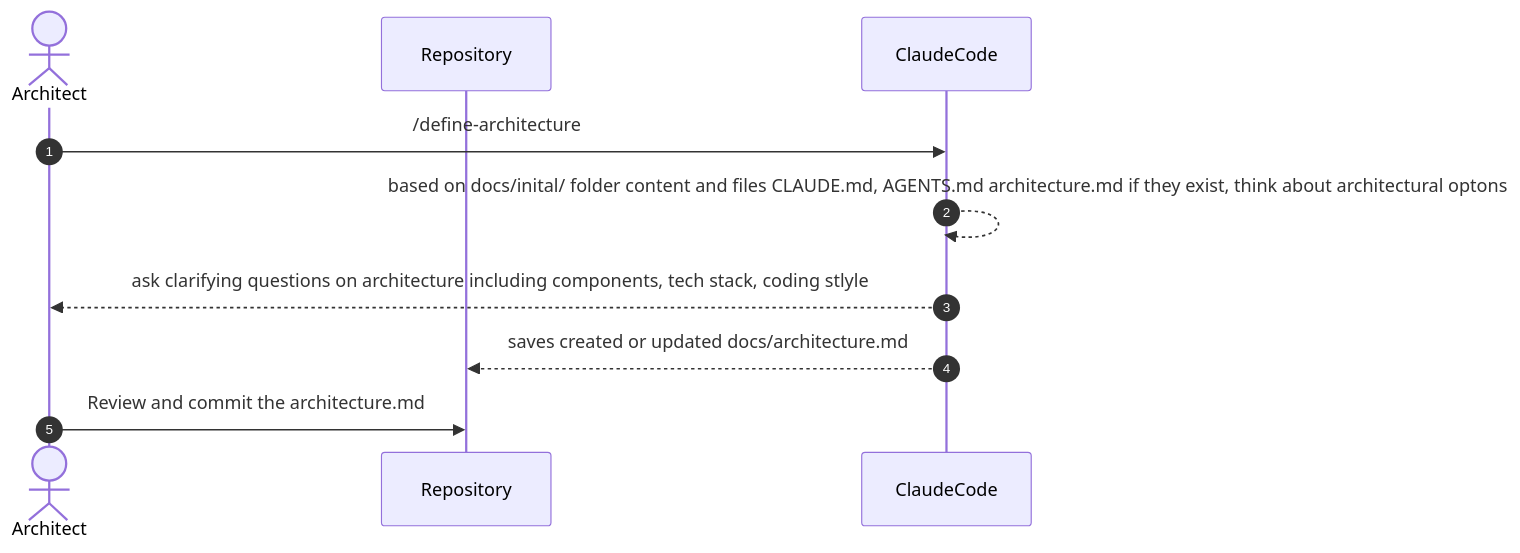
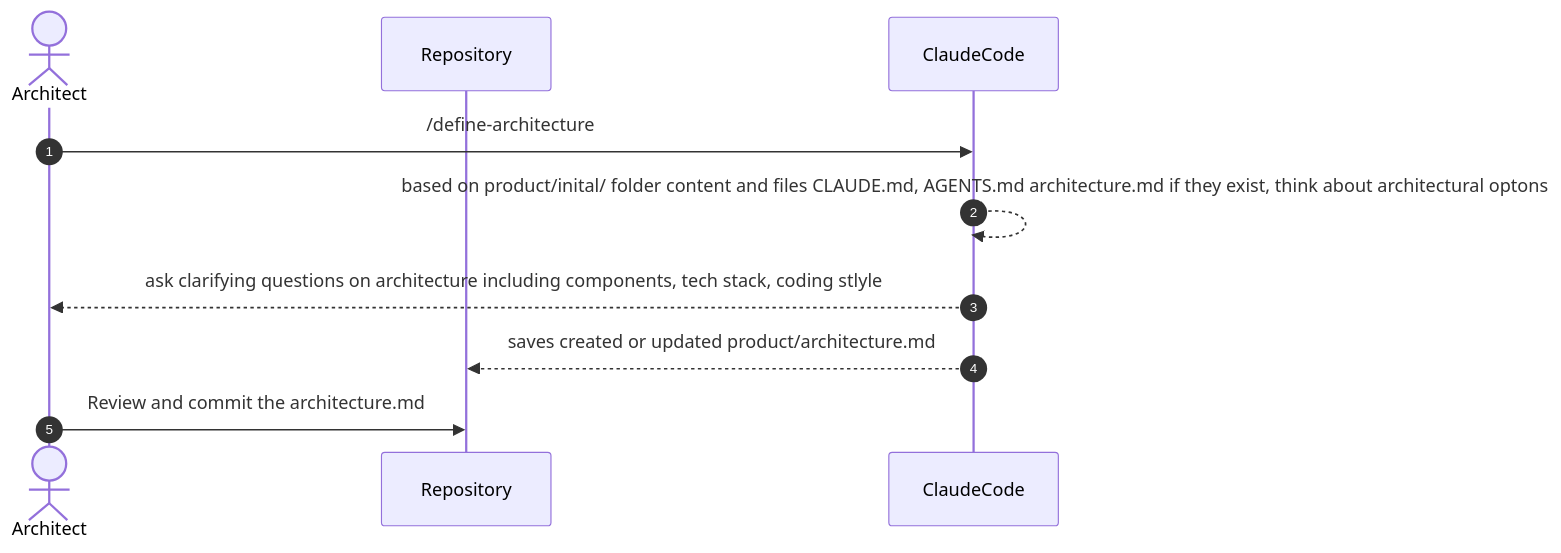
Before and after one commit to andpush/product-flow: the third of 5 diagrams in README.md, drawn with Mermaid. The commit also changed other lines of this file, not shown here.

````diff
--- a/README.md
+++ b/README.md
@@ -204,15 +205,15 @@
 ```mermaid
 sequenceDiagram
     autonumber
     actor U as Architect
     participant R as Repository
     participant C as ClaudeCode
 
     U->>C: /define-architecture
-    C-->>C: based on docs/inital/ folder content and files CLAUDE.md, AGENTS.md architecture.md if they exist, think about architectural optons
+    C-->>C: based on product/inital/ folder content and files CLAUDE.md, AGENTS.md architecture.md if they exist, think about architectural optons
     C-->>U: ask clarifying questions on architecture including components, tech stack, coding stlyle
-    C-->>R: saves created or updated docs/architecture.md
+    C-->>R: saves created or updated product/architecture.md
 
     U->>R: Review and commit the architecture.md
     
 ```
````
